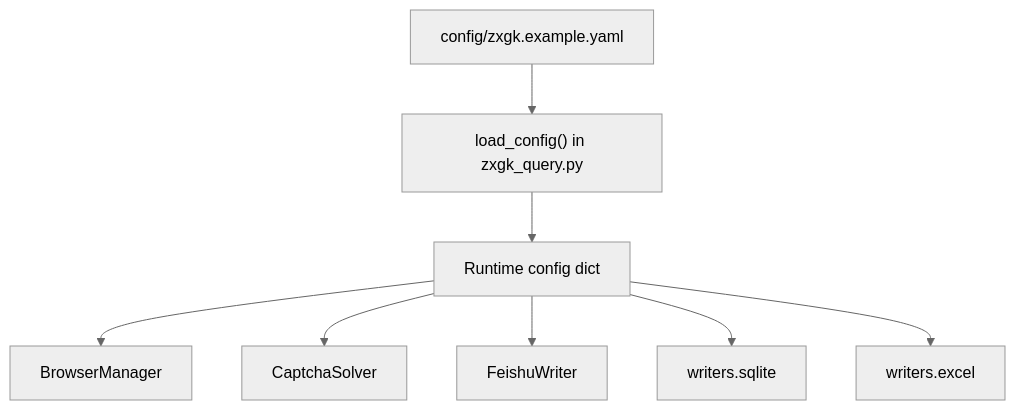
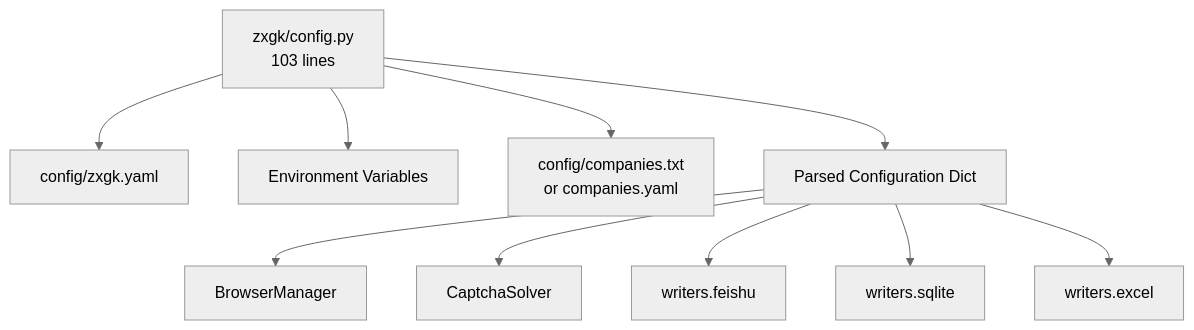
One commit to supotato-ipj/zxgk_auto_query-skill changed the first of 3 diagrams in .qoder/repowiki/en/content/Configuration Management.md. Above: the diagram before and after it, drawn with Mermaid (neutral theme). The commit also changed other lines of this file and 24 other files, not shown here.

````diff
--- a/.qoder/repowiki/en/content/Configuration Management.md
+++ b/.qoder/repowiki/en/content/Configuration Management.md
@@ -41,18 +52,22 @@
 ```mermaid
 graph TB
-YAML["config/zxgk.example.yaml"]
-Loader["load_config() in zxgk_query.py"]
-Config["Runtime config dict"]
+ConfigModule["zxgk/config.py<br/>103 lines"]
+YAMLFile["config/zxgk.yaml"]
+EnvVars["Environment Variables"]
+CompanyList["config/companies.txt<br/>or companies.yaml"]
+ParsedConfig["Parsed Configuration Dict"]
 Browser["BrowserManager"]
 Captcha["CaptchaSolver"]
-FeishuWriter["FeishuWriter"]
+FeishuWriter["writers.feishu"]
 SQLiteWriter["writers.sqlite"]
 ExcelWriter["writers.excel"]
-YAML --> Loader
-Loader --> Config
-Config --> Browser
-Config --> Captcha
-Config --> FeishuWriter
-Config --> SQLiteWriter
-Config --> ExcelWriter
+ConfigModule --> YAMLFile
+ConfigModule --> EnvVars
+ConfigModule --> CompanyList
+ConfigModule --> ParsedConfig
+ParsedConfig --> Browser
+ParsedConfig --> Captcha
+ParsedConfig --> FeishuWriter
+ParsedConfig --> SQLiteWriter
+ParsedConfig --> ExcelWriter
 ```
````
